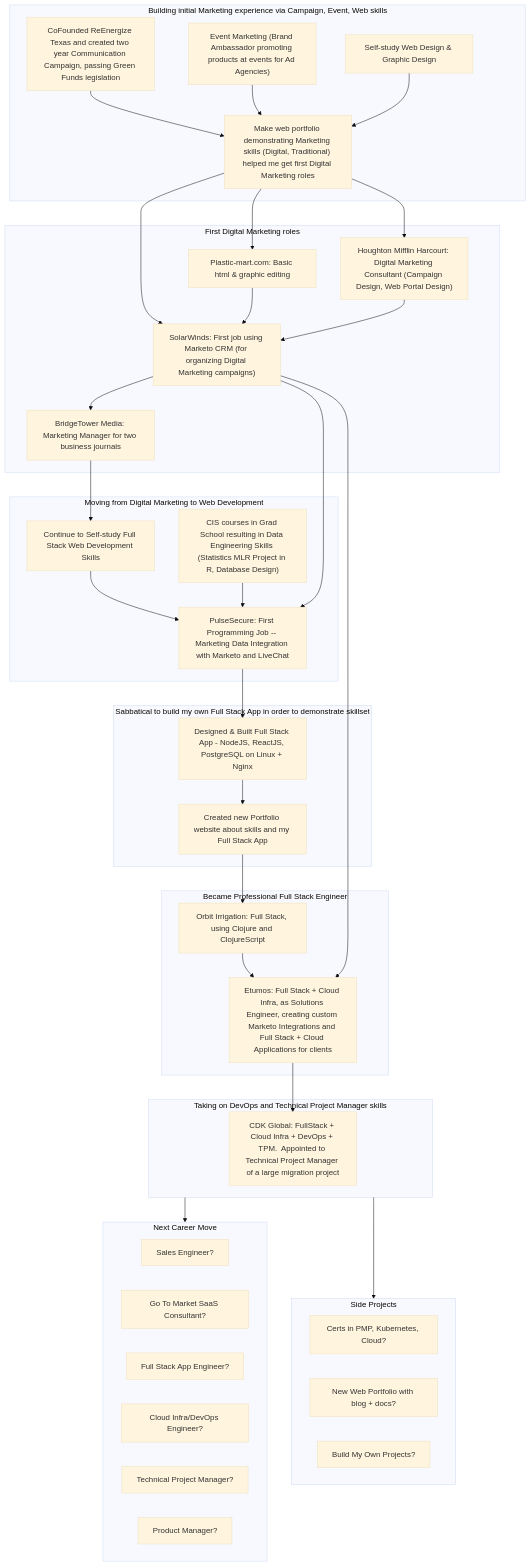
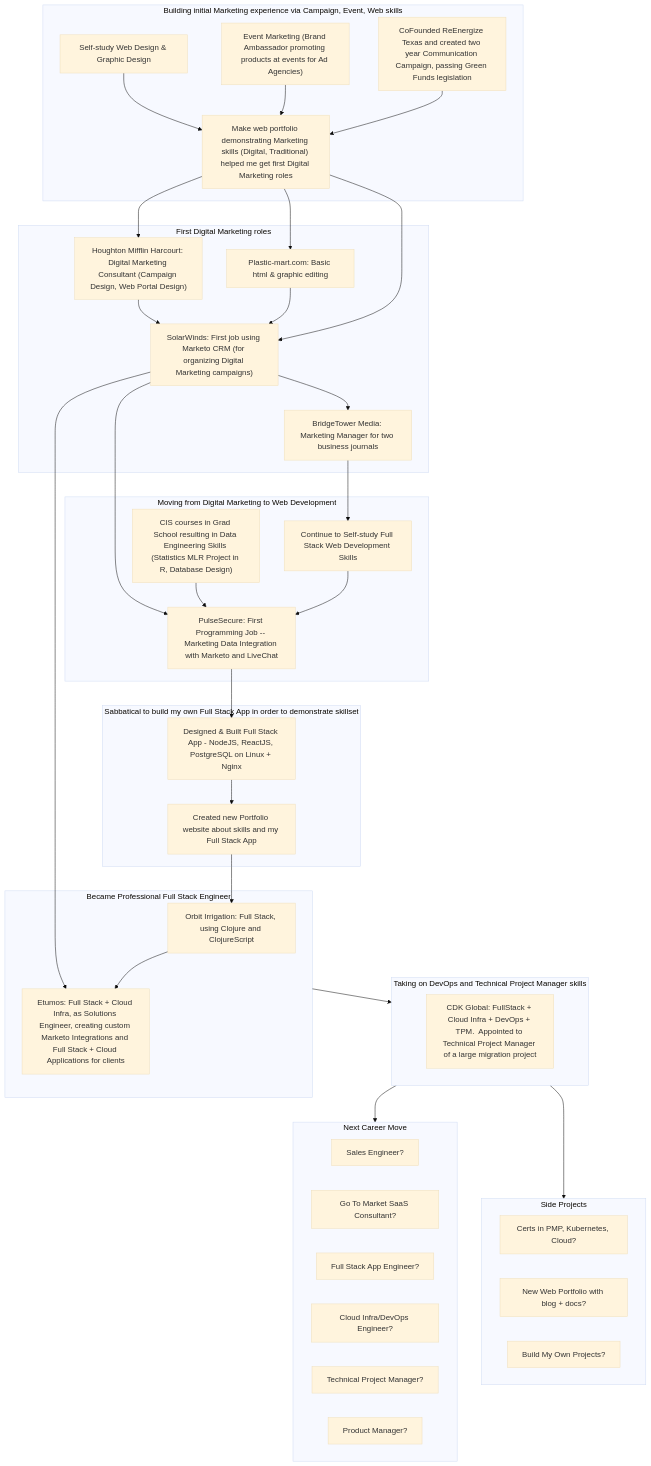
One commit to pmeaney/pmeaney changed the diagram in README.md. Above: the diagram before and after it, drawn with Mermaid (base theme).

````diff
--- a/README.md
+++ b/README.md
@@ -64,64 +64,64 @@
 ```mermaid
   graph TD;
       subgraph one[Building initial Marketing experience via Campaign, Event, Web skills]
         A["`CoFounded ReEnergize Texas and created two year Communication Campaign, passing Green Funds legislation`"]-->D;
 
         B["`Event Marketing (Brand Ambassador promoting products at events for Ad Agencies)`"]-->D;
 
         C["`Self-study Web Design & Graphic Design`"]--> D["`Make web portfolio demonstrating Marketing skills (Digital, Traditional) helped me get first Digital Marketing roles`"]
 
       end
 
       D-->DD
       D-->BB
       D-->E
 
       subgraph firstMarketing[First Digital Marketing roles]
         DD["`Plastic-mart.com: Basic html & graphic editing`"]-->E
         BB["`Houghton Mifflin Harcourt: Digital Marketing Consultant (Campaign Design, Web Portal Design)`"]-->E
         E["`SolarWinds: First job using Marketo CRM (for organizing Digital Marketing campaigns)`"]-->F
       end
 
 
       subgraph two[Moving from Digital Marketing to Web Development]
         F["`BridgeTower Media: Marketing Manager for two business journals`"]-->G
         G["`Continue to Self-study Full Stack Web Development Skills`"]-->I
         H["`CIS courses in Grad School resulting in Data Engineering Skills (Statistics MLR Project in R, Database Design)`"]-->I
         I["`PulseSecure: First Programming Job -- Marketing Data Integration with Marketo and LiveChat`"]
       end
 
       subgraph three[Sabbatical to build my own Full Stack App in order to demonstrate skillset]
         I-->J["`Designed & Built Full Stack App - NodeJS, ReactJS, PostgreSQL on Linux + Nginx`"]
         J-->K["`Created new Portfolio website about skills and my Full Stack App`"]
       end
 
       subgraph four[Became Professional Full Stack Engineer]
         L["`Orbit Irrigation: Full Stack, using Clojure and ClojureScript`"]-->M["`Etumos: Full Stack + Cloud Infra, as Solutions Engineer, creating custom Marketo Integrations and Full Stack + Cloud Applications for clients`"]
       end
 
       subgraph five[Taking on DevOps and Technical Project Manager skills]
         N["`CDK Global: FullStack + Cloud Infra + DevOps + TPM.  Appointed to Technical Project Manager of a large migration project`"]
       end
 
       subgraph six[Next Career Move]
         O["`Sales Engineer?`"]
         P["`Go To Market SaaS Consultant?`"]
         Q["`Full Stack App Engineer?`"]
         R["`Cloud Infra/DevOps Engineer?`"]
         S["`Technical Project Manager?`"]
         T["`Product Manager?`"]
       end
 
       subgraph seven[Side Projects]
         W["`Certs in PMP, Kubernetes, Cloud?`"]
         X["`New Web Portfolio with blog + docs?`"]
         Y["`Build My Own Projects?`"]
       end
 
       E-->I
       E-->M
       K-->L
-      M-->N
+      four-->five
       five-->six
       five-->seven
 ```
````
